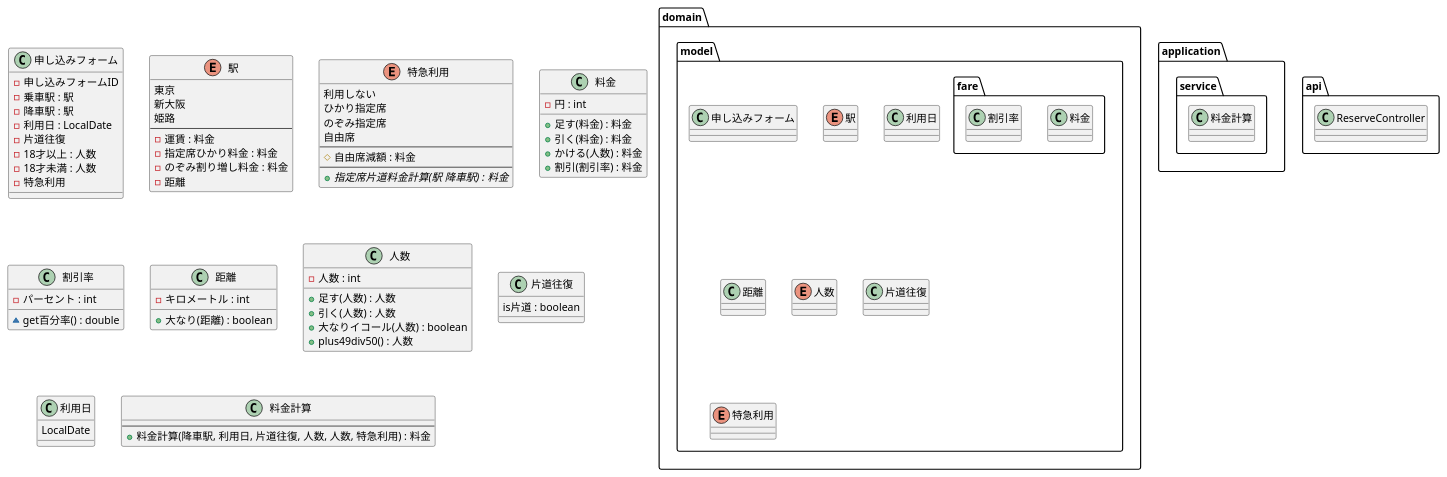
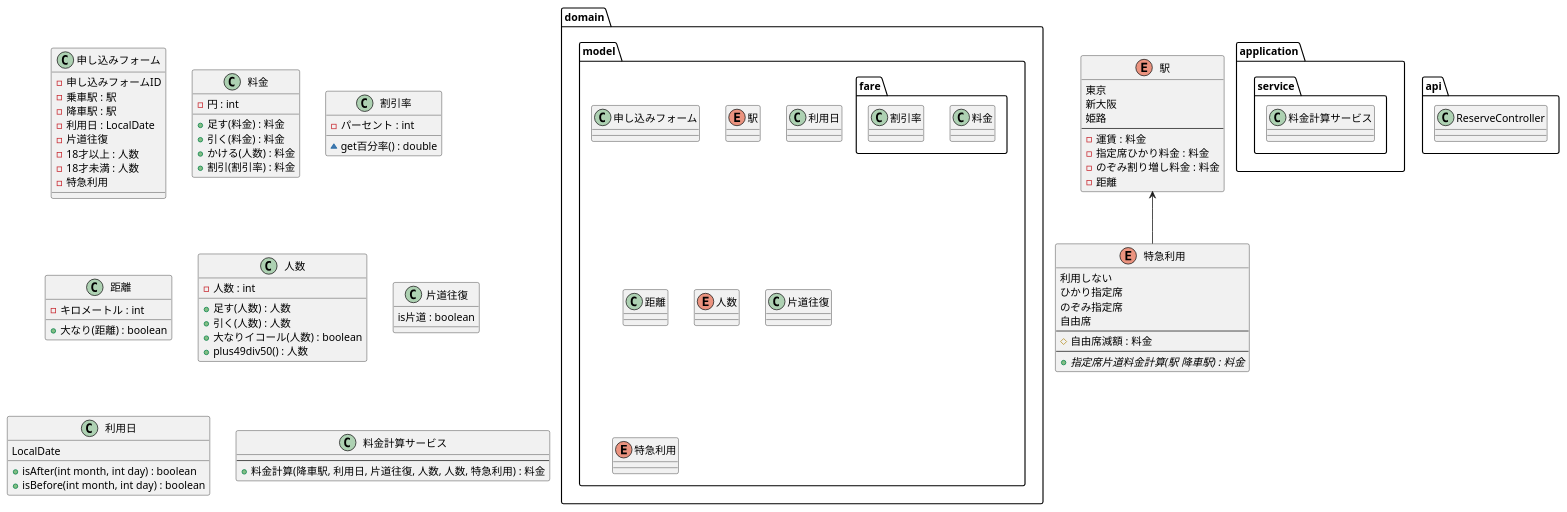
One commit to MiuraKotaro/jr-pricing changed the diagram in uml/class.puml. Above: the diagram before and after it, drawn with PlantUML. The commit also changed 2 other files, not shown here.

Commit message:
利用日 isAfter isBefore追加

```diff
--- a/uml/class.puml
+++ b/uml/class.puml
@@ -1,101 +1,106 @@
 @startuml
 
 package domain {
     package model {
 
         class 申し込みフォーム
         enum 駅
         package fare {
             class 料金
             class 割引率
         }
         class 利用日
         class 距離
         enum 人数
         class 片道往復
         enum 特急利用
     }
 
 }
 
 package application {
     package service {
-        class 料金計算
+        class 料金計算サービス
     }
 }
 
 package api {
     class ReserveController
 }
 
 class 申し込みフォーム {
     - 申し込みフォームID
     - 乗車駅 : 駅
     - 降車駅 : 駅
     - 利用日 : LocalDate
     - 片道往復
     - 18才以上 : 人数
     - 18才未満 : 人数
     - 特急利用
 
 
 }
 enum 駅 {
     東京
     新大阪
     姫路
     --
     - 運賃 : 料金
     - 指定席ひかり料金 : 料金
     - のぞみ割り増し料金 : 料金
     - 距離
 }
 enum 特急利用 {
     利用しない
     ひかり指定席
     のぞみ指定席
     自由席
     --
     # 自由席減額 : 料金
     --
     + {abstract} 指定席片道料金計算(駅 降車駅) : 料金
 }
 class 料金 {
     - 円 : int
 
     + 足す(料金) : 料金
     + 引く(料金) : 料金
     + かける(人数) : 料金
     + 割引(割引率) : 料金
 }
 class 割引率 {
     - パーセント : int
 
     ~ get百分率() : double
 }
 class 距離 {
     - キロメートル : int
 
     + 大なり(距離) : boolean
 }
 class 人数 {
     - 人数 : int
 
     + 足す(人数) : 人数
     + 引く(人数) : 人数
     + 大なりイコール(人数) : boolean
     + plus49div50() : 人数
 }
 class 片道往復 {
     is片道 : boolean
 }
 class 利用日 {
     LocalDate
+
+    + isAfter(int month, int day) : boolean
+    + isBefore(int month, int day) : boolean
 }
 
-class 料金計算 {
+class 料金計算サービス {
     --
     + 料金計算(降車駅, 利用日, 片道往復, 人数, 人数, 特急利用) : 料金
 }
 
+駅 <-- 特急利用
+
 @enduml
```
